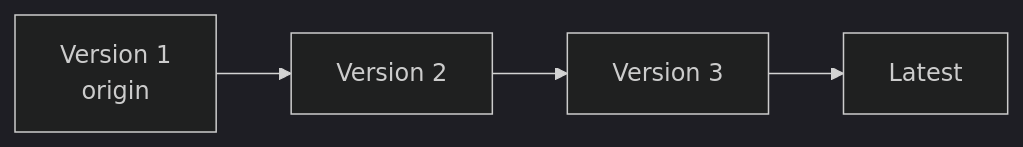
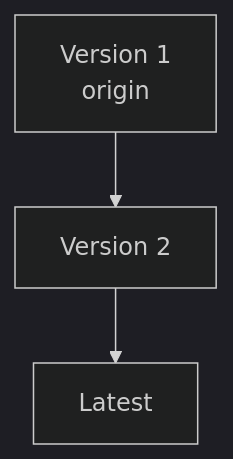
The second of 3 diagrams in README.md (opldotdev/bitplan.dev), drawn with Mermaid (dark theme) before and after one commit. The commit also changed other lines of this file and 2 other files, not shown here.

Commit message:
Simplify sponsor slots and README diagrams

````diff
--- a/README.md
+++ b/README.md
@@ -45,4 +45,4 @@
 ```mermaid
-flowchart LR
-    V1[Version 1<br/>origin] --> V2[Version 2] --> V3[Version 3] --> Latest[Latest]
+flowchart TD
+    V1[Version 1<br/>origin] --> V2[Version 2] --> V3[Latest]
 ```
````
